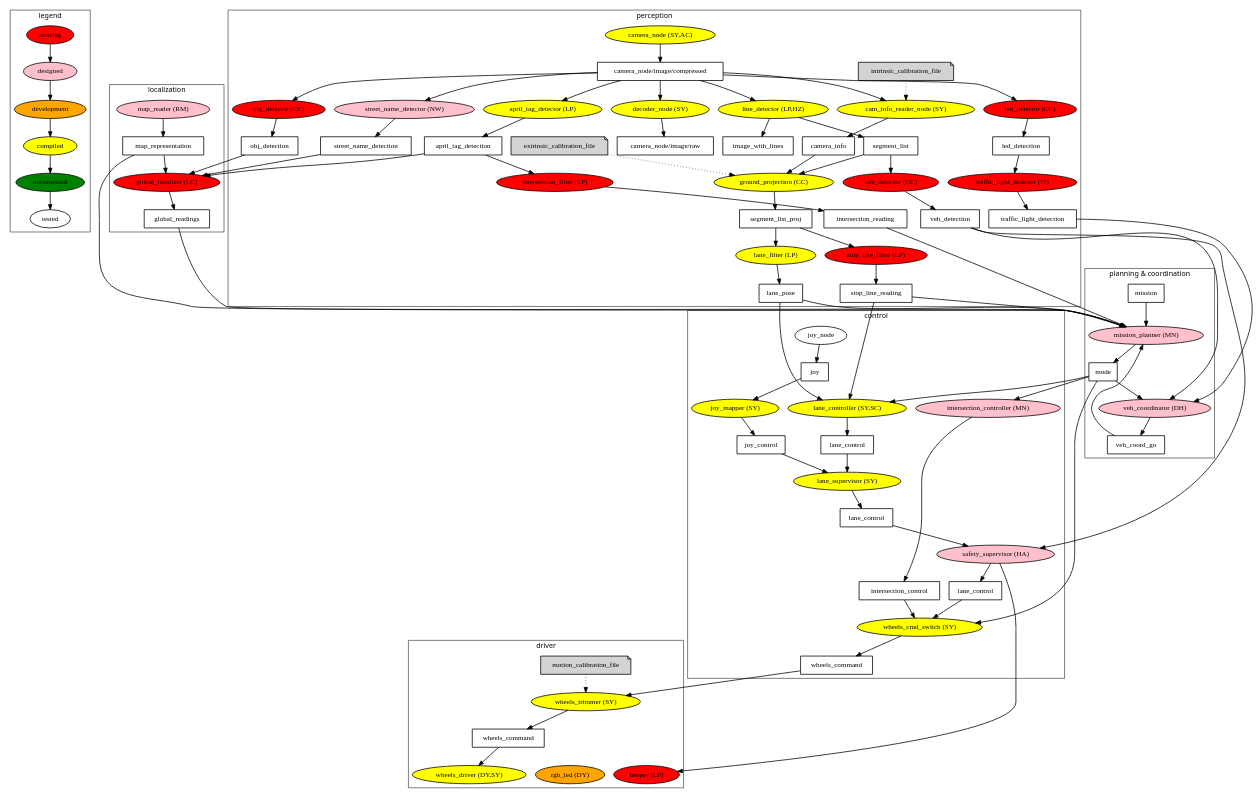
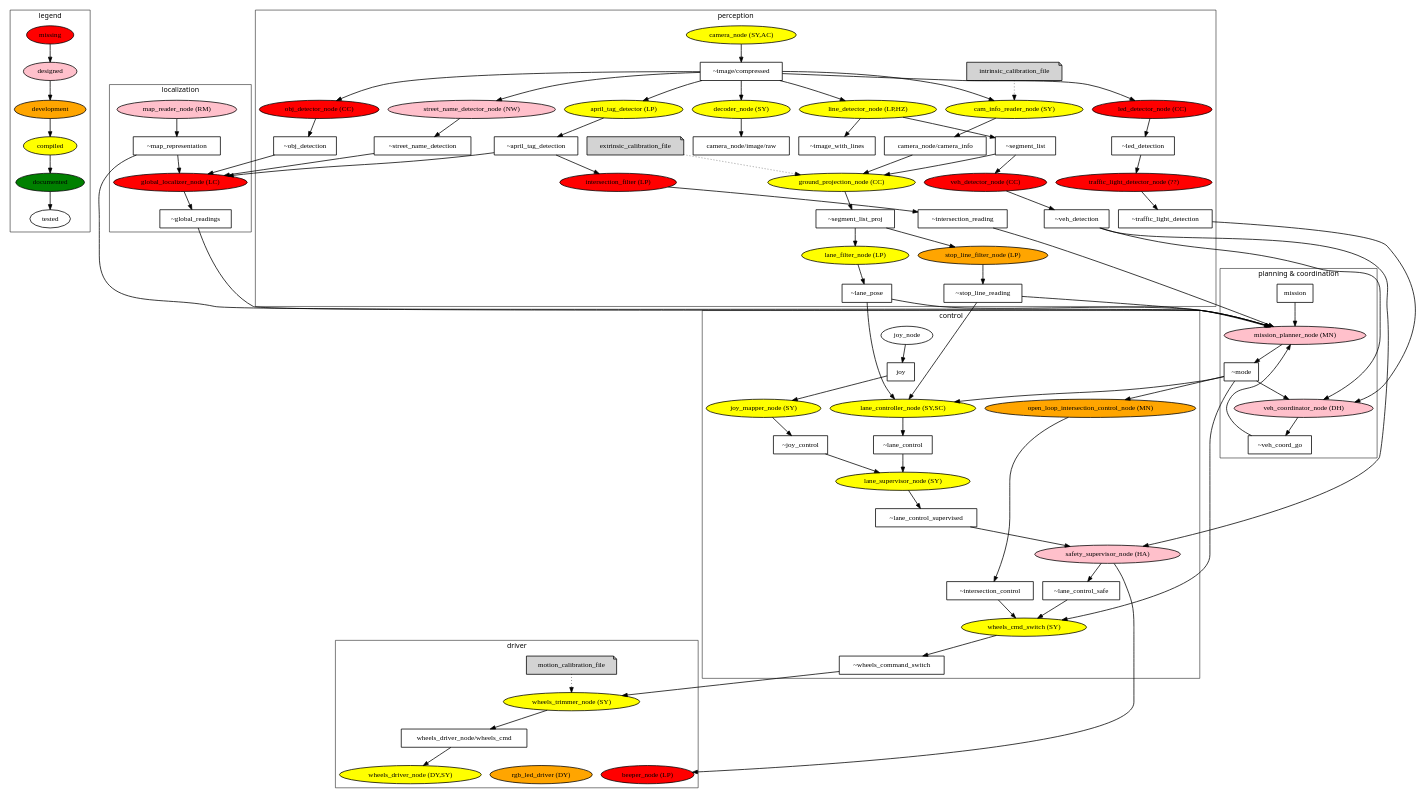
One commit to kungfrank/Knight_car changed the diagram in ros_diagram/Duckietown_ROS_Diagram.dot. Above: the diagram before and after it, drawn with Graphviz.

Commit message:
Fix node names and topic names. Add ~ to topic names.

```diff
--- a/ros_diagram/Duckietown_ROS_Diagram.dot
+++ b/ros_diagram/Duckietown_ROS_Diagram.dot
@@ -1,6 +1,6 @@
 digraph D {
 	fontname="sans";
-
+	//rankdir=LR;
 	edge [penwidth=1.5]
 	node [penwidth=1.5]
 
@@ -27,44 +27,44 @@
 	node [shape=ellipse,style=filled];
 	subgraph node_missing{
 		node [fillcolor=red];
-		global_localizer[label="global_localizer (LC)"];
+		global_localizer[label="global_localizer_node (LC)"];
 		intersection_filter[label="intersection_filter (LP)"];
-		stop_line_filter[label="stop_line_filter (LP)"];
-		led_detector[label="led_detector (CC)"];
-		obj_detector[label="obj_detector (CC)"];
-		beeper[label="beeper (LP)"];
-		veh_detector[label="veh_detector (CC)"];
-		traffic_light_detector[label="traffic_light_detector (??)"];
+		led_detector[label="led_detector_node (CC)"];
+		obj_detector[label="obj_detector_node (CC)"];
+		beeper[label="beeper_node (LP)"];
+		veh_detector[label="veh_detector_node (CC)"];
+		traffic_light_detector[label="traffic_light_detector_node (??)"];
 		//coordination_controller[label="coordination_controller (MN?)"];
 	}
 	subgraph node_designed{
 		node [fillcolor=pink];
-		intersection_controller[label="intersection_controller (MN)"];
-		mission_planner[label="mission_planner (MN)"];
-		street_name_detector[label="street_name_detector (NW)"];
-		safety_supervisor[label="safety_supervisor (HA)"];
-		map_reader[label="map_reader (RM)"];
-		veh_coordinator[label="veh_coordinator (DH)"]
+		mission_planner[label="mission_planner_node (MN)"];
+		street_name_detector[label="street_name_detector_node (NW)"];
+		safety_supervisor[label="safety_supervisor_node (HA)"];
+		map_reader[label="map_reader_node (RM)"];
+		veh_coordinator[label="veh_coordinator_node (DH)"]
 	}
 	subgraph node_development{
 		node [fillcolor=orange];
-		rgb_led[label="rgb_led (DY)"];
+		intersection_controller[label="open_loop_intersection_control_node (MN)"];
+		stop_line_filter[label="stop_line_filter_node (LP)"];
+		rgb_led[label="rgb_led_driver (DY)"];
 	}
 	subgraph node_compiled{
 		node [fillcolor=yellow];
-		wheels_driver[label="wheels_driver (DY,SY)"];
+		wheels_driver[label="wheels_driver_node (DY,SY)"];
 		wheels_cmd_switch[label="wheels_cmd_switch (SY)"]
 		camera_node[label="camera_node (SY,AC)"];
 		decoder_node[label="decoder_node (SY)"];
 		cam_info_reader_node[label="cam_info_reader_node (SY)"];
-		lane_controller[label="lane_controller (SY,SC)"];
-		line_detector[label="line_detector (LP,HZ)"];
+		lane_controller[label="lane_controller_node (SY,SC)"];
+		line_detector[label="line_detector_node (LP,HZ)"];
 		april_tag_detector[label="april_tag_detector (LP)"];
-		lane_supervisor[label="lane_supervisor (SY)"];
-		joy_mapper[label="joy_mapper (SY)"];
-		ground_projection[label="ground_projection (CC)"];
-		wheels_trimmer[label="wheels_trimmer (SY)"];
-		lane_filter[label="lane_filter (LP)"]; 
+		lane_supervisor[label="lane_supervisor_node (SY)"];
+		joy_mapper[label="joy_mapper_node (SY)"];
+		ground_projection[label="ground_projection_node (CC)"];
+		wheels_trimmer[label="wheels_trimmer_node (SY)"];
+		lane_filter[label="lane_filter_node (LP)"]; 
 	}
 	subgraph node_documented{
 		node [fillcolor=green];
@@ -96,33 +96,31 @@
 	// Topics
 	node [shape=box,style=filled,fillcolor=white];
 	//{rank=same; mission; joy; map_representation;}
-	map_representation;
-	//img_low;
-	//img_high;
-	segment_list;
-	segment_list_proj;
-	image_with_lines;
-	lane_pose; //LaneReading: y, phi, sigma_y, sigma_phi, status
-	lane_control;
-	lane_control_sup[label="lane_control"];
-	lane_control_safe[label="lane_control"];
-	april_tag_detection;
-	led_detection;
-	veh_detection;
-	traffic_light_detection;
-	intersection_reading;
-	obj_detection;
-	global_readings;
-	stop_line_reading;
-	mode;
-	mission;
-	joy_control;
-	intersection_control;
-	street_name_detection;
-	veh_coord_go;
-	wheels_command;
-	wheels_command_switch[label="wheels_command"];
-	//coordination_control;
+	map_representation[label="~map_representation"];
+	segment_list[label="~segment_list"];
+	segment_list_proj[label="~segment_list_proj"];
+	image_with_lines[label="~image_with_lines"];
+	lane_pose[label="~lane_pose"]; //LaneReading: y, phi, sigma_y, sigma_phi, status
+	lane_control[label="~lane_control"];
+	lane_control_sup[label="~lane_control_supervised"];
+	lane_control_safe[label="~lane_control_safe"];
+	april_tag_detection[label="~april_tag_detection"];
+	led_detection[label="~led_detection"];
+	veh_detection[label="~veh_detection"];
+	traffic_light_detection[label="~traffic_light_detection"];
+	intersection_reading[label="~intersection_reading"];
+	obj_detection[label="~obj_detection"];
+	global_readings[label="~global_readings"];
+	stop_line_reading[label="~stop_line_reading"];
+	mode[label="~mode"];
+	mission[label="mission"];
+	joy_control[label="~joy_control"];
+	intersection_control[label="~intersection_control"];
+	street_name_detection[label="~street_name_detection"];
+	veh_coord_go[label="~veh_coord_go"];
+	wheels_command[label="wheels_driver_node/wheels_cmd"];
+	wheels_command_switch[label="~wheels_command_switch"];
+	camera_info[label="camera_node/camera_info"];
 
 	subgraph cluster_perception{
 		label="perception"
@@ -148,11 +146,11 @@
 		extrinsic_calibration_file;
 
 		// Topics
-		segment_list;
-		segment_list_proj;
+		segment_list[label="~segment_list"];
+		segment_list_proj[label="~segment_list_proj"];
 		//img_low;
 		//img_high;
-		april_tag_detection;
+		april_tag_detection[label="~april_tag_detection"];
 		lane_pose;
 		image_with_lines;
 		obj_detection;
@@ -164,7 +162,7 @@
 		street_name_detection;
 		//img_low_rect;
 		//img_high_rect;
-		image_compressed[label="camera_node/image/compressed"];
+		image_compressed[label="~image/compressed"];
 		image_raw[label="camera_node/image/raw"];
 		camera_info;
 		//{rank=same; image_compressed;image_raw;camera_info}
```
